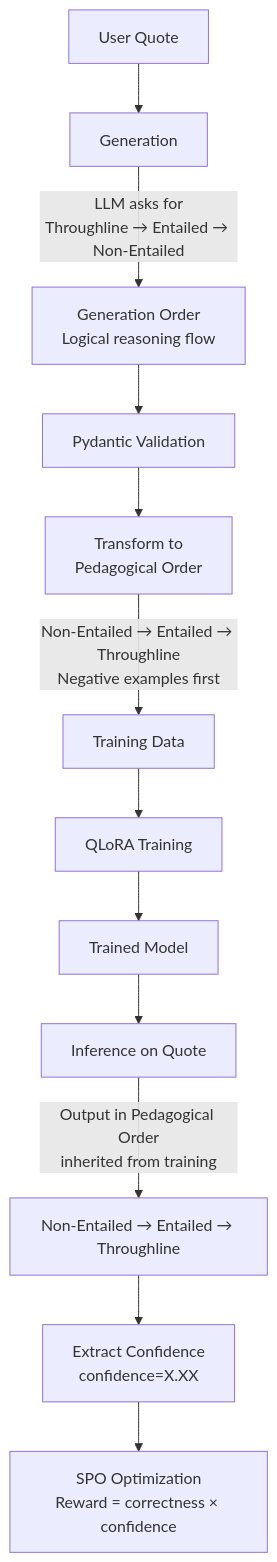
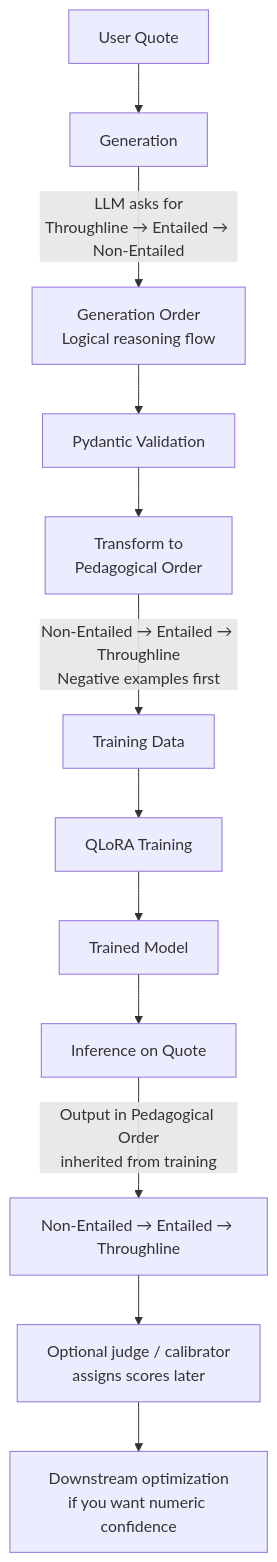
One commit to thistleknot/spo-reasoning-training-regimen changed the diagram in docs/format/README.md. Above: the diagram before and after it, drawn with Mermaid. The commit also changed other lines of this file and 13 other files, not shown here.

````diff
--- a/docs/format/README.md
+++ b/docs/format/README.md
@@ -15,14 +15,14 @@
 ```mermaid
 graph TB
     A["User Quote"] --> B["Generation"]
     B -->|"LLM asks for<br/>Throughline → Entailed → Non-Entailed"| C["Generation Order<br/>Logical reasoning flow"]
     C --> D["Pydantic Validation"]
     D --> E["Transform to<br/>Pedagogical Order"]
     E -->|"Non-Entailed → Entailed → Throughline<br/>Negative examples first"| F["Training Data"]
     F --> G["QLoRA Training"]
     G --> H["Trained Model"]
     H --> I["Inference on Quote"]
     I -->|"Output in Pedagogical Order<br/>inherited from training"| J["Non-Entailed → Entailed → Throughline"]
-    J --> K["Extract Confidence<br/>confidence=X.XX"]
-    K --> L["SPO Optimization<br/>Reward = correctness × confidence"]
+    J --> K["Optional judge / calibrator<br/>assigns scores later"]
+    K --> L["Downstream optimization<br/>if you want numeric confidence"]
 ```
````
